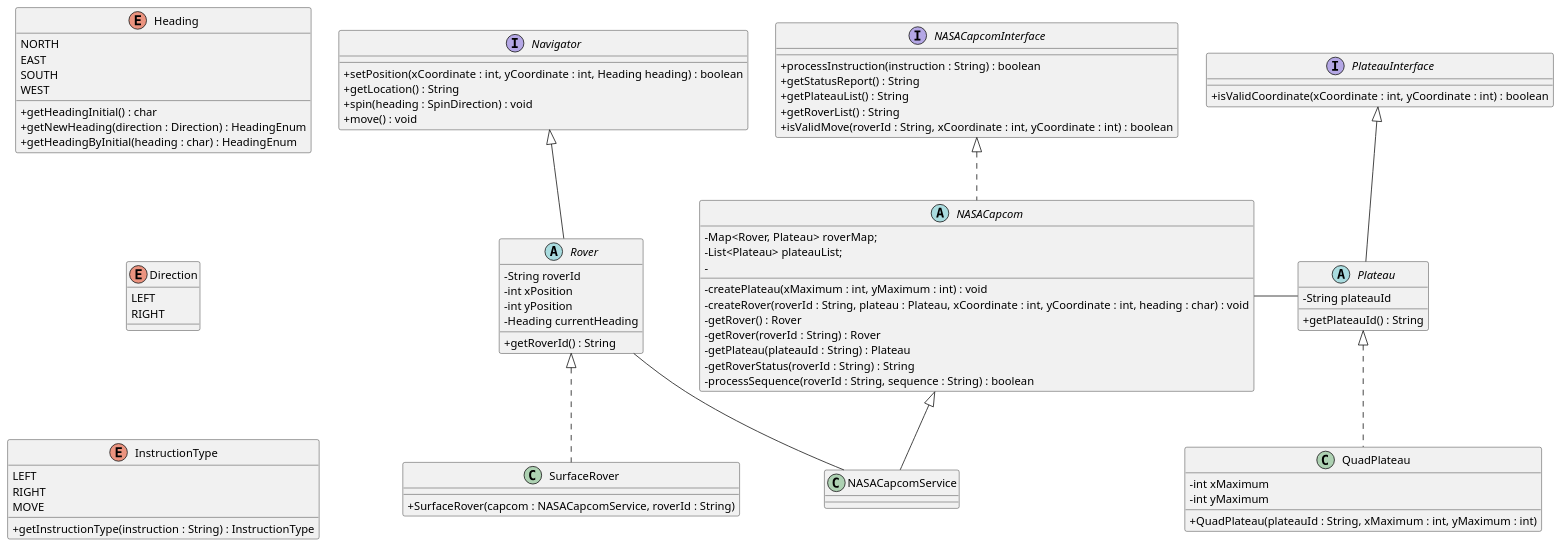
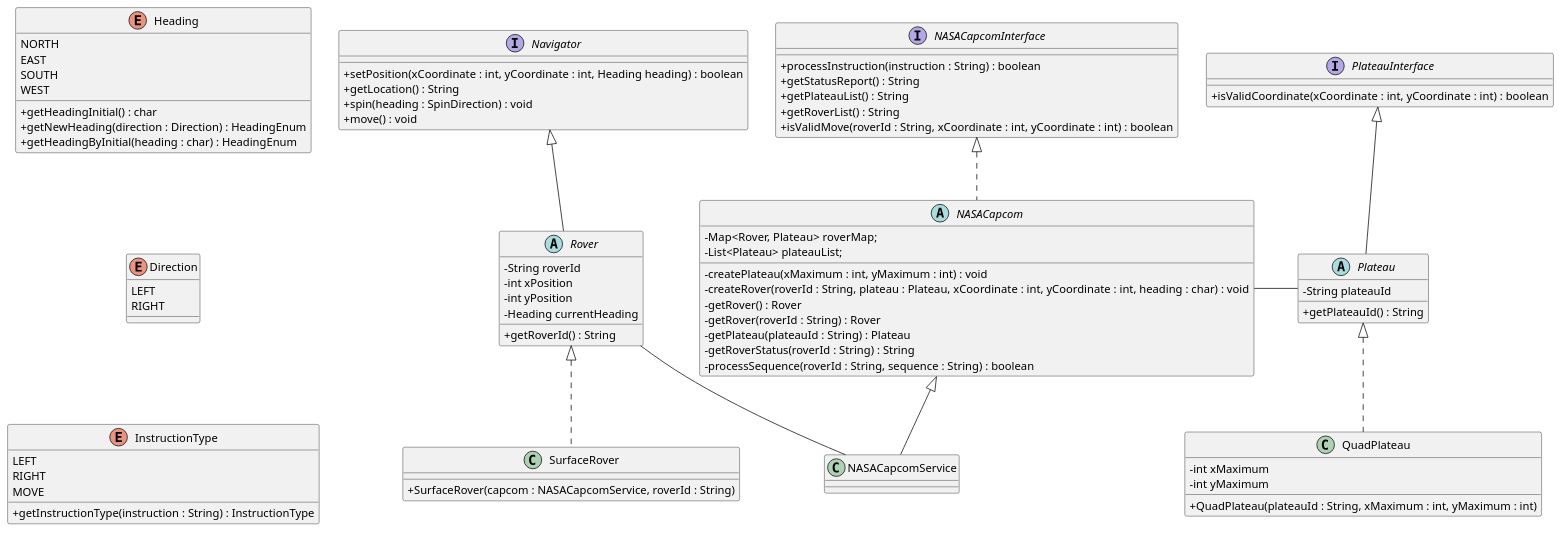
The diagram in uml/MarsRoverClassDiagram.puml (probert999/mars-rover), drawn with PlantUML before and after one commit. The commit also changed 6 other files, not shown here.

```diff
--- a/uml/MarsRoverClassDiagram.puml
+++ b/uml/MarsRoverClassDiagram.puml
@@ -1,100 +1,100 @@
 @startuml
 skinparam classAttributeIconSize 0
 
 interface Navigator {
     + setPosition(xCoordinate : int, yCoordinate : int, Heading heading) : boolean
     + getLocation() : String
     + spin(heading : SpinDirection) : void
     + move() : void
 }
 
 abstract class Rover extends Navigator  {
   - String roverId
   - int xPosition
   - int yPosition
   - Heading currentHeading
 
   + getRoverId() : String
 }
 
 class SurfaceRover implements Rover  {
     + SurfaceRover(capcom : NASACapcomService, roverId : String)
 }
 
 interface PlateauInterface  {
    + isValidCoordinate(xCoordinate : int, yCoordinate : int) : boolean
 }
 
 abstract class Plateau extends PlateauInterface {
   - String plateauId
   + getPlateauId() : String
 }
 
 class QuadPlateau implements Plateau {
   - int xMaximum
   - int yMaximum
 
    + QuadPlateau(plateauId : String, xMaximum : int, yMaximum : int)
 
 }
 
 
 enum Heading
 {
 NORTH
 EAST
 SOUTH
 WEST
 + getHeadingInitial() : char
 + getNewHeading(direction : Direction) : HeadingEnum
 + getHeadingByInitial(heading : char) : HeadingEnum
 }
 
 enum Direction
 {
 LEFT
 RIGHT
 }
 
 enum InstructionType
 {
 LEFT
 RIGHT
 MOVE
 + getInstructionType(instruction : String) : InstructionType
 }
 
 interface NASACapcomInterface {
   + processInstruction(instruction : String) : boolean
   + getStatusReport() : String
   + getPlateauList() : String
   + getRoverList() : String
   + isValidMove(roverId : String, xCoordinate : int, yCoordinate : int) : boolean
 }
 
 abstract class NASACapcom implements NASACapcomInterface {
   - Map<Rover, Plateau> roverMap;
   - List<Plateau> plateauList;
--
+
   - createPlateau(xMaximum : int, yMaximum : int) : void
   - createRover(roverId : String, plateau : Plateau, xCoordinate : int, yCoordinate : int, heading : char) : void
   - getRover() : Rover
   - getRover(roverId : String) : Rover
   - getPlateau(plateauId : String) : Plateau
   - getRoverStatus(roverId : String) : String
   - processSequence(roverId : String, sequence : String) : boolean
 }
 
 class NASACapcomService extends NASACapcom
 {
 }
 
 NASACapcom - Plateau
 Rover -- NASACapcomService
 
 
 Heading -[hidden] Navigator
 Heading -[hidden]d-> Direction
 Direction -[hidden]d-> InstructionType
 
 @enduml
```
